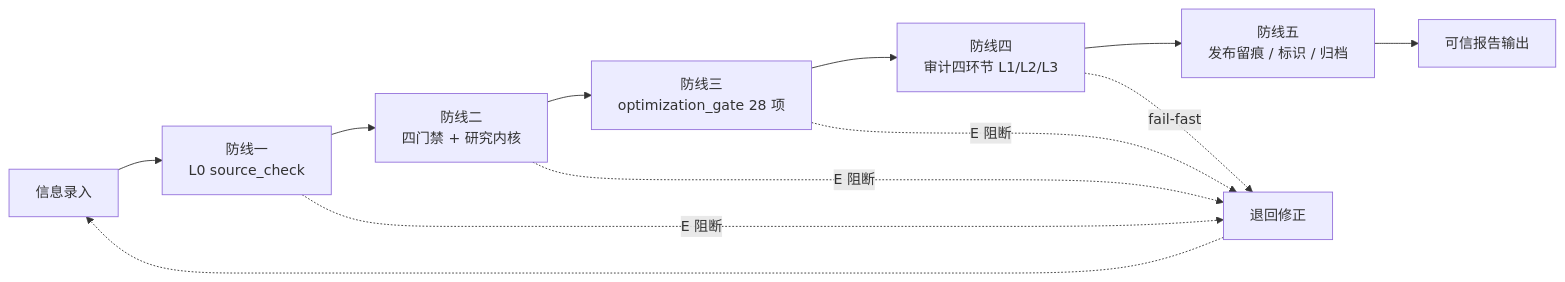
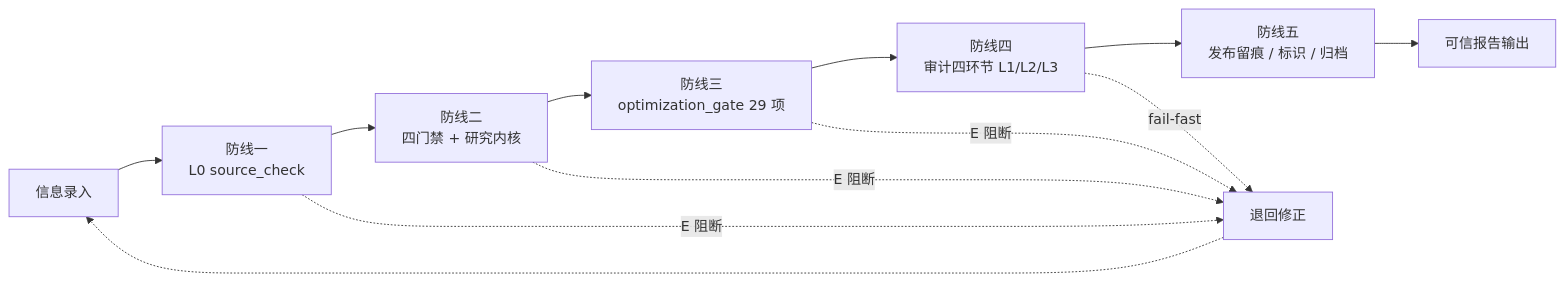
Before and after one commit to hmbphxkw76-byte/tech-context-digest: the second of 4 diagrams in engine/docs/report-pipeline-system.md, drawn with Mermaid. The commit also changed other lines of this file and 20 other files, not shown here.

````diff
--- a/engine/docs/report-pipeline-system.md
+++ b/engine/docs/report-pipeline-system.md
@@ -59,14 +59,14 @@
 ```mermaid
 flowchart LR
     IN["信息录入"] --> D1["防线一<br/>L0 source_check"]
     D1 --> D2["防线二<br/>四门禁 + 研究内核"]
-    D2 --> D3["防线三<br/>optimization_gate 28 项"]
+    D2 --> D3["防线三<br/>optimization_gate 29 项"]
     D3 --> D4["防线四<br/>审计四环节 L1/L2/L3"]
     D4 --> D5["防线五<br/>发布留痕 / 标识 / 归档"]
     D5 --> OUT["可信报告输出"]
     D1 -. "E 阻断" .-> BLOCK["退回修正"]
     D2 -. "E 阻断" .-> BLOCK
     D3 -. "E 阻断" .-> BLOCK
     D4 -. "fail-fast" .-> BLOCK
     BLOCK -.-> IN
 ```
````
